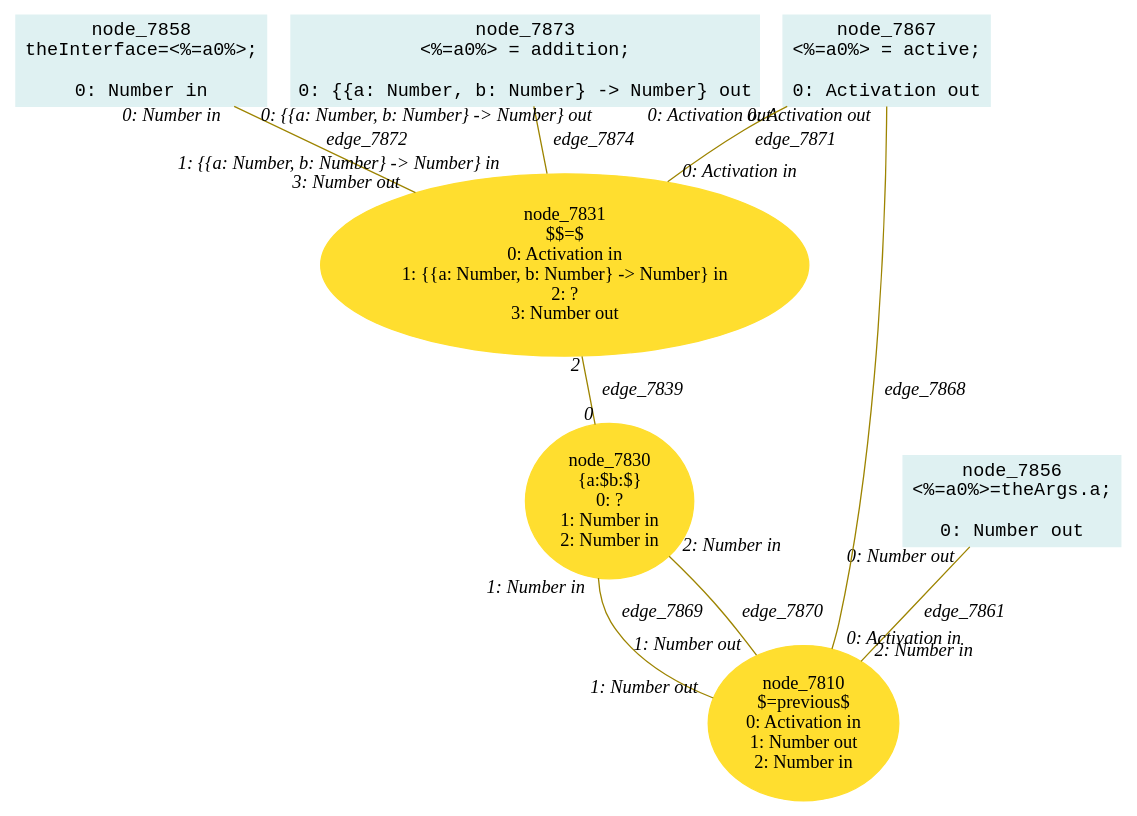
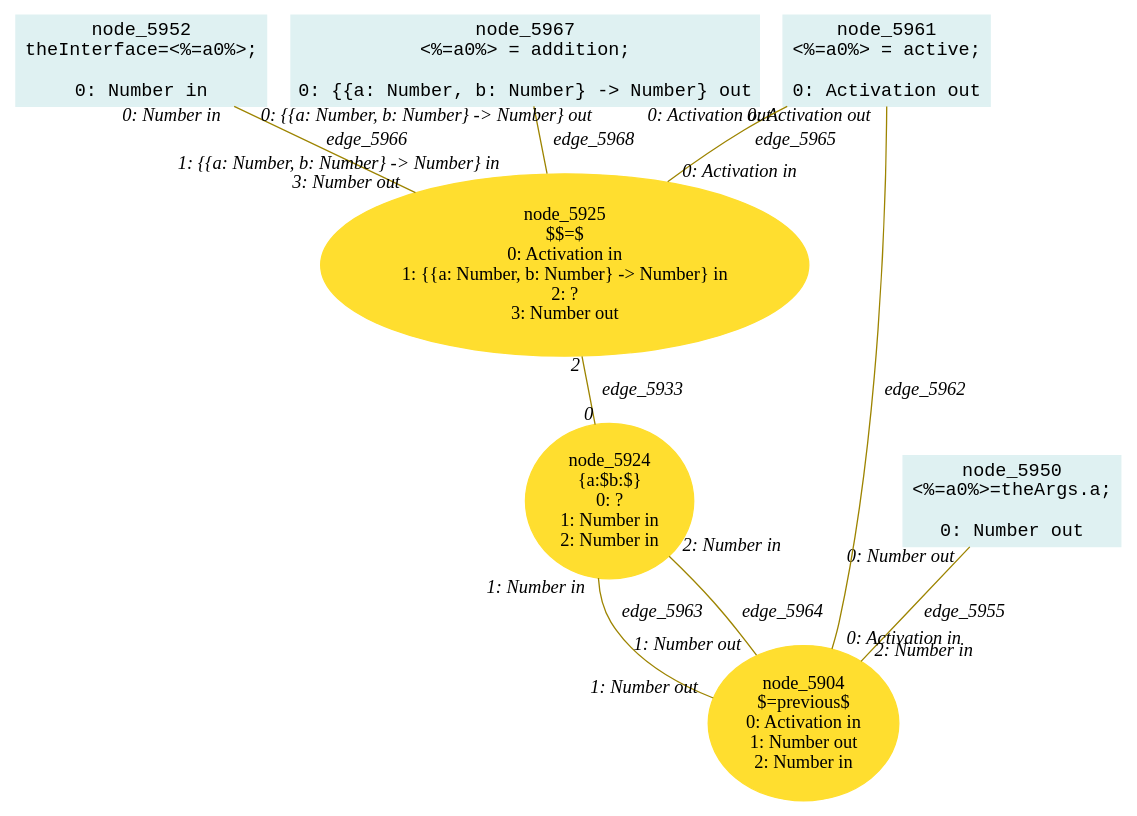
Before and after one commit to crubier/lidl: the diagram in lidl-core/example/ok/sumOfPrevious/dot/20createDataFlowDirection3.dot, drawn with Graphviz. The commit also changed 983 other files, not shown here.

```diff
--- a/lidl-core/example/ok/sumOfPrevious/dot/20createDataFlowDirection3.dot
+++ b/lidl-core/example/ok/sumOfPrevious/dot/20createDataFlowDirection3.dot
@@ -1,41 +1,41 @@
-digraph g{node_7810 [shape="ellipse", style="filled", color="#ffde2f", fontname="Times", label="node_7810
+digraph g{node_5904 [shape="ellipse", style="filled", color="#ffde2f", fontname="Times", label="node_5904
 $=previous$
 0: Activation in
 1: Number out
 2: Number in" ]
-node_7830 [shape="ellipse", style="filled", color="#ffde2f", fontname="Times", label="node_7830
+node_5924 [shape="ellipse", style="filled", color="#ffde2f", fontname="Times", label="node_5924
 {a:$b:$}
 0: ?
 1: Number in
 2: Number in" ]
-node_7831 [shape="ellipse", style="filled", color="#ffde2f", fontname="Times", label="node_7831
+node_5925 [shape="ellipse", style="filled", color="#ffde2f", fontname="Times", label="node_5925
 $$=$
 0: Activation in
 1: {{a: Number, b: Number} -> Number} in
 2: ?
 3: Number out" ]
-node_7856 [shape="box", style="filled", color="#dff1f2", fontname="Courier", label="node_7856
+node_5950 [shape="box", style="filled", color="#dff1f2", fontname="Courier", label="node_5950
 <%=a0%>=theArgs.a;
 
 0: Number out" ]
-node_7858 [shape="box", style="filled", color="#dff1f2", fontname="Courier", label="node_7858
+node_5952 [shape="box", style="filled", color="#dff1f2", fontname="Courier", label="node_5952
 theInterface=<%=a0%>;
 
 0: Number in" ]
-node_7867 [shape="box", style="filled", color="#dff1f2", fontname="Courier", label="node_7867
+node_5961 [shape="box", style="filled", color="#dff1f2", fontname="Courier", label="node_5961
 <%=a0%> = active;
 
 0: Activation out" ]
-node_7873 [shape="box", style="filled", color="#dff1f2", fontname="Courier", label="node_7873
+node_5967 [shape="box", style="filled", color="#dff1f2", fontname="Courier", label="node_5967
 <%=a0%> = addition;
 
 0: {{a: Number, b: Number} -> Number} out" ]
-node_7831 -> node_7830 [dir=none, arrowHead=none, fontname="Times-Italic", arrowsize=1, color="#9d8400", label="edge_7839",  headlabel="0", taillabel="2" ]
-node_7856 -> node_7810 [dir=none, arrowHead=none, fontname="Times-Italic", arrowsize=1, color="#9d8400", label="edge_7861",  headlabel="2: Number in", taillabel="0: Number out" ]
-node_7867 -> node_7810 [dir=none, arrowHead=none, fontname="Times-Italic", arrowsize=1, color="#9d8400", label="edge_7868",  headlabel="0: Activation in", taillabel="0: Activation out" ]
-node_7830 -> node_7810 [dir=none, arrowHead=none, fontname="Times-Italic", arrowsize=1, color="#9d8400", label="edge_7869",  headlabel="1: Number out", taillabel="1: Number in" ]
-node_7830 -> node_7810 [dir=none, arrowHead=none, fontname="Times-Italic", arrowsize=1, color="#9d8400", label="edge_7870",  headlabel="1: Number out", taillabel="2: Number in" ]
-node_7867 -> node_7831 [dir=none, arrowHead=none, fontname="Times-Italic", arrowsize=1, color="#9d8400", label="edge_7871",  headlabel="0: Activation in", taillabel="0: Activation out" ]
-node_7858 -> node_7831 [dir=none, arrowHead=none, fontname="Times-Italic", arrowsize=1, color="#9d8400", label="edge_7872",  headlabel="3: Number out", taillabel="0: Number in" ]
-node_7873 -> node_7831 [dir=none, arrowHead=none, fontname="Times-Italic", arrowsize=1, color="#9d8400", label="edge_7874",  headlabel="1: {{a: Number, b: Number} -> Number} in", taillabel="0: {{a: Number, b: Number} -> Number} out" ]
+node_5925 -> node_5924 [dir=none, arrowHead=none, fontname="Times-Italic", arrowsize=1, color="#9d8400", label="edge_5933",  headlabel="0", taillabel="2" ]
+node_5950 -> node_5904 [dir=none, arrowHead=none, fontname="Times-Italic", arrowsize=1, color="#9d8400", label="edge_5955",  headlabel="2: Number in", taillabel="0: Number out" ]
+node_5961 -> node_5904 [dir=none, arrowHead=none, fontname="Times-Italic", arrowsize=1, color="#9d8400", label="edge_5962",  headlabel="0: Activation in", taillabel="0: Activation out" ]
+node_5924 -> node_5904 [dir=none, arrowHead=none, fontname="Times-Italic", arrowsize=1, color="#9d8400", label="edge_5963",  headlabel="1: Number out", taillabel="1: Number in" ]
+node_5924 -> node_5904 [dir=none, arrowHead=none, fontname="Times-Italic", arrowsize=1, color="#9d8400", label="edge_5964",  headlabel="1: Number out", taillabel="2: Number in" ]
+node_5961 -> node_5925 [dir=none, arrowHead=none, fontname="Times-Italic", arrowsize=1, color="#9d8400", label="edge_5965",  headlabel="0: Activation in", taillabel="0: Activation out" ]
+node_5952 -> node_5925 [dir=none, arrowHead=none, fontname="Times-Italic", arrowsize=1, color="#9d8400", label="edge_5966",  headlabel="3: Number out", taillabel="0: Number in" ]
+node_5967 -> node_5925 [dir=none, arrowHead=none, fontname="Times-Italic", arrowsize=1, color="#9d8400", label="edge_5968",  headlabel="1: {{a: Number, b: Number} -> Number} in", taillabel="0: {{a: Number, b: Number} -> Number} out" ]
 }
```
